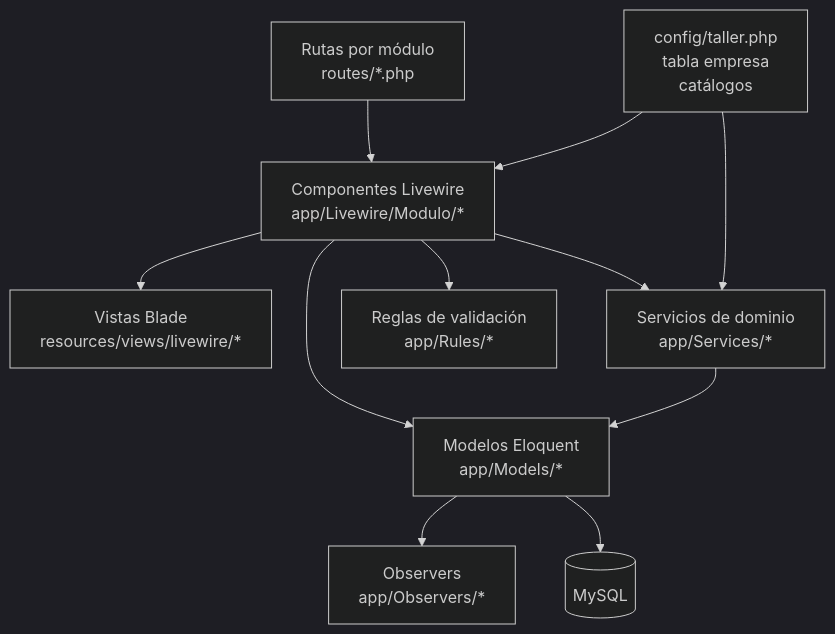
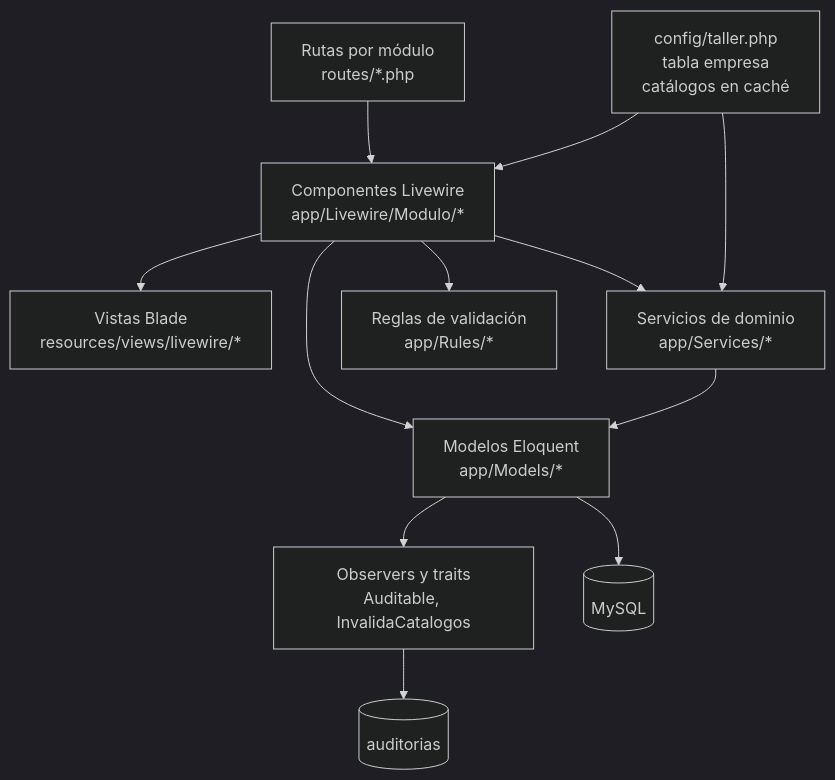
Before and after one commit to dannyjoeltenelema-debug/Taller-Automotriz: the second of 10 diagrams in docs/ARQUITECTURA.md, drawn with Mermaid (dark theme). The commit also changed other lines of this file and 1 other file, not shown here.

````diff
--- a/docs/ARQUITECTURA.md
+++ b/docs/ARQUITECTURA.md
@@ -112,13 +120,14 @@
 ```mermaid
 flowchart TB
     R[Rutas por módulo<br/>routes/*.php] --> LW[Componentes Livewire<br/>app/Livewire/Modulo/*]
     LW --> V[Vistas Blade<br/>resources/views/livewire/*]
     LW --> S[Servicios de dominio<br/>app/Services/*]
     LW --> M[Modelos Eloquent<br/>app/Models/*]
     S --> M
-    M --> O[Observers<br/>app/Observers/*]
+    M --> O[Observers y traits<br/>Auditable, InvalidaCatalogos]
+    O --> AU[(auditorias)]
     M --> DB[(MySQL)]
     LW --> RU[Reglas de validación<br/>app/Rules/*]
-    CFG[config/taller.php<br/>tabla empresa<br/>catálogos] --> LW
+    CFG[config/taller.php<br/>tabla empresa<br/>catálogos en caché] --> LW
     CFG --> S
 ```
````
